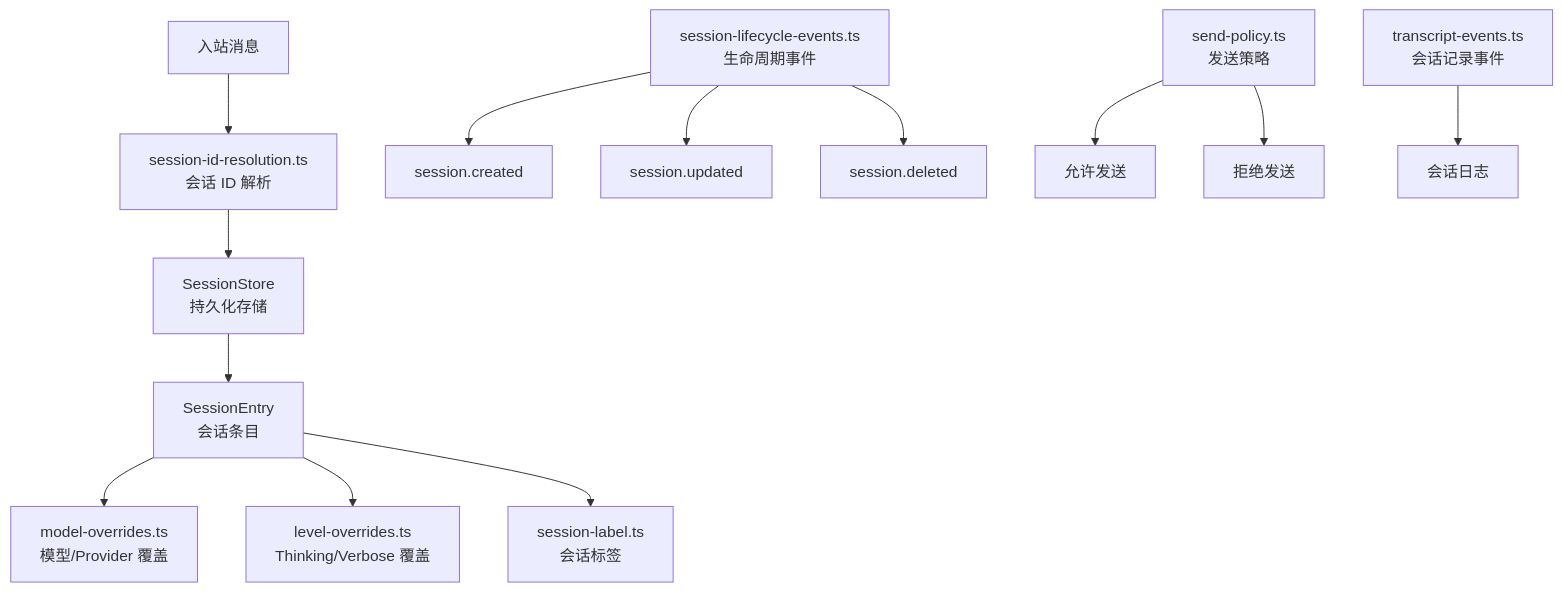
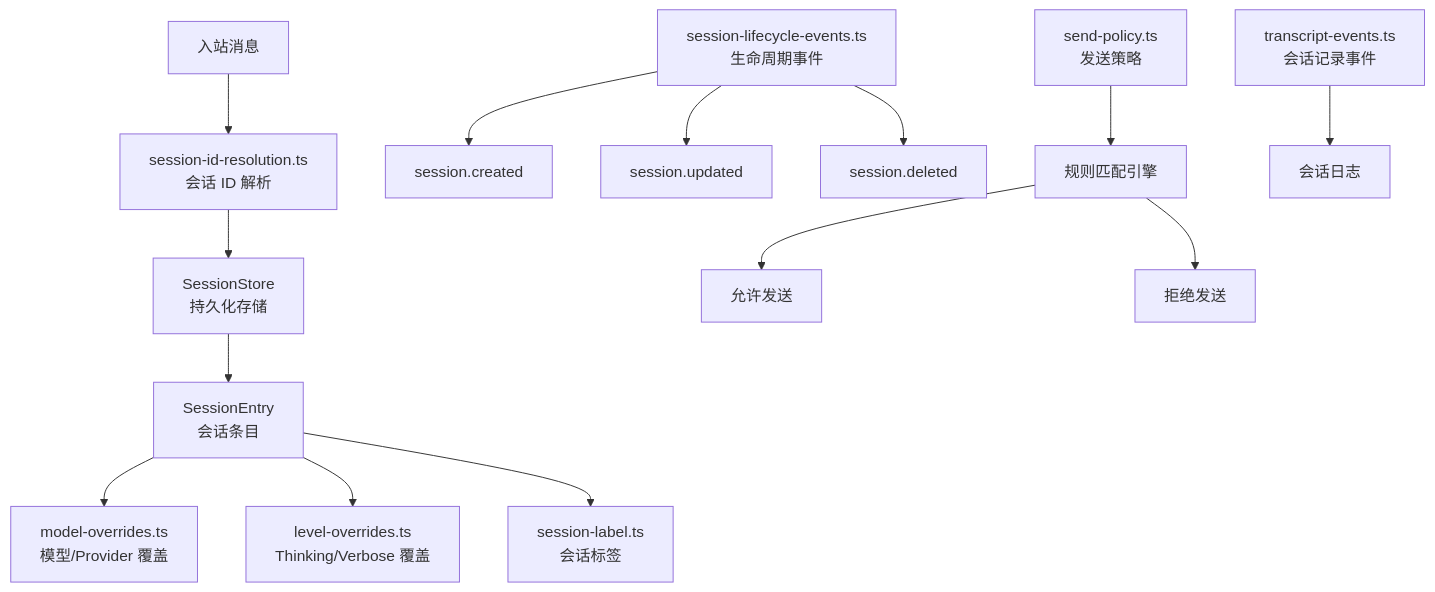
Before and after one commit to royalwang/openclaw: the first of 2 diagrams in zh-docs/modules/sessions/README.md, drawn with Mermaid. The commit also changed other lines of this file and 5 other files, not shown here.

````diff
--- a/zh-docs/modules/sessions/README.md
+++ b/zh-docs/modules/sessions/README.md
@@ -7,19 +7,20 @@
 ```mermaid
 flowchart TD
     MSG["入站消息"] --> RESOLVE["session-id-resolution.ts<br/>会话 ID 解析"]
     RESOLVE --> STORE["SessionStore<br/>持久化存储"]
     STORE --> ENTRY["SessionEntry<br/>会话条目"]
     
     ENTRY --> OVERRIDE["model-overrides.ts<br/>模型/Provider 覆盖"]
     ENTRY --> LEVEL["level-overrides.ts<br/>Thinking/Verbose 覆盖"]
     ENTRY --> LABEL["session-label.ts<br/>会话标签"]
     
     LIFECYCLE["session-lifecycle-events.ts<br/>生命周期事件"] --> CREATE["session.created"]
     LIFECYCLE --> UPDATE["session.updated"]
     LIFECYCLE --> DELETE["session.deleted"]
     
-    POLICY["send-policy.ts<br/>发送策略"] --> ALLOW["允许发送"]
-    POLICY --> DENY["拒绝发送"]
+    POLICY["send-policy.ts<br/>发送策略"] --> RULES["规则匹配引擎"]
+    RULES --> ALLOW["允许发送"]
+    RULES --> DENY["拒绝发送"]
     
     TRANSCRIPT["transcript-events.ts<br/>会话记录事件"] --> LOG["会话日志"]
 ```
````
